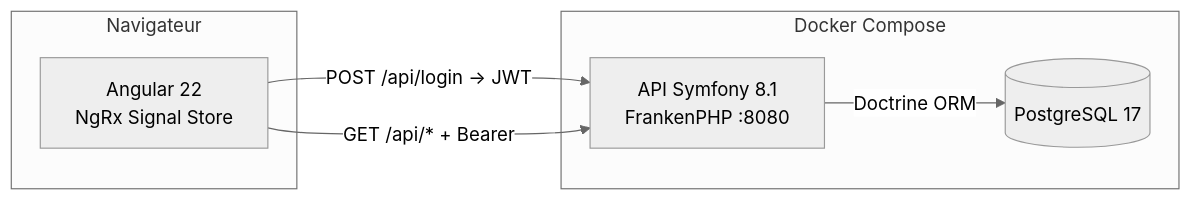
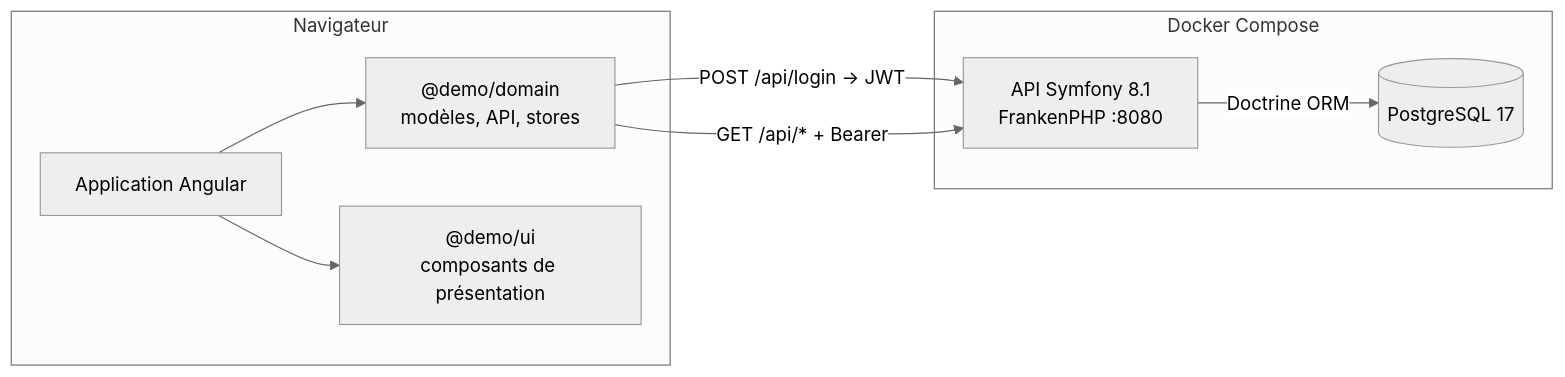
The diagram in README.md (legrandjerome/demo-supervision-logistique), drawn with Mermaid (neutral theme) before and after one commit. The commit also changed other lines of this file and 106 other files, not shown here.

````diff
--- a/README.md
+++ b/README.md
@@ -21,13 +21,14 @@
 ```mermaid
 flowchart LR
     subgraph Navigateur
-        A[Angular 22<br/>NgRx Signal Store]
+        A[Application Angular] --> D["@demo/domain<br/>modèles, API, stores"]
+        A --> U["@demo/ui<br/>composants de présentation"]
     end
     subgraph Docker Compose
         B[API Symfony 8.1<br/>FrankenPHP :8080]
         C[(PostgreSQL 17)]
     end
-    A -- "POST /api/login → JWT" --> B
-    A -- "GET /api/* + Bearer" --> B
+    D -- "POST /api/login → JWT" --> B
+    D -- "GET /api/* + Bearer" --> B
     B -- Doctrine ORM --> C
 ```
````
